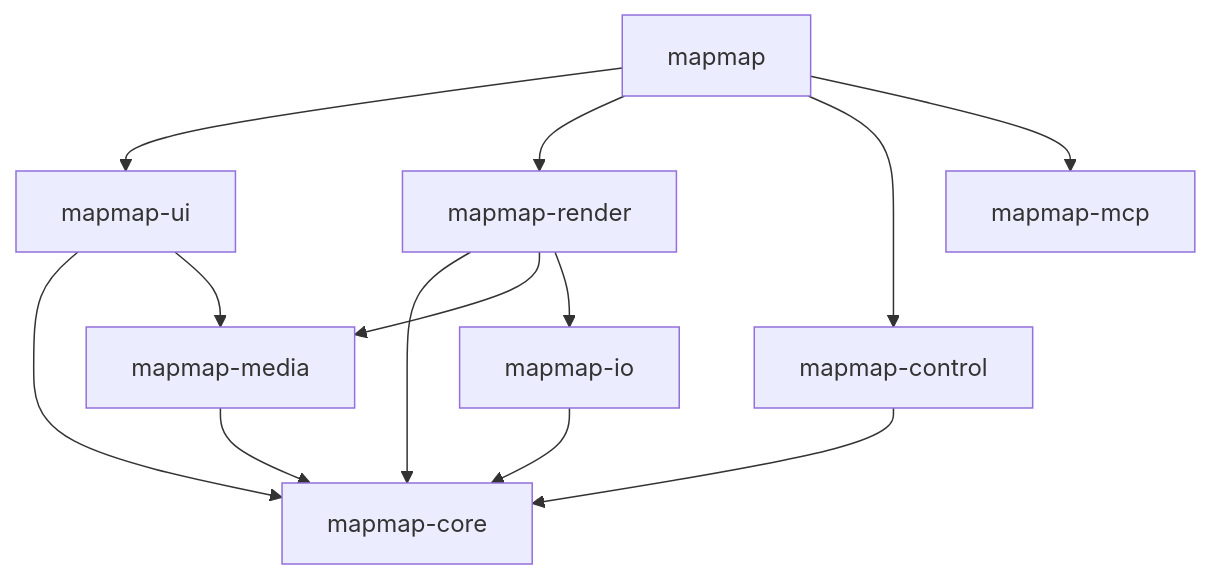
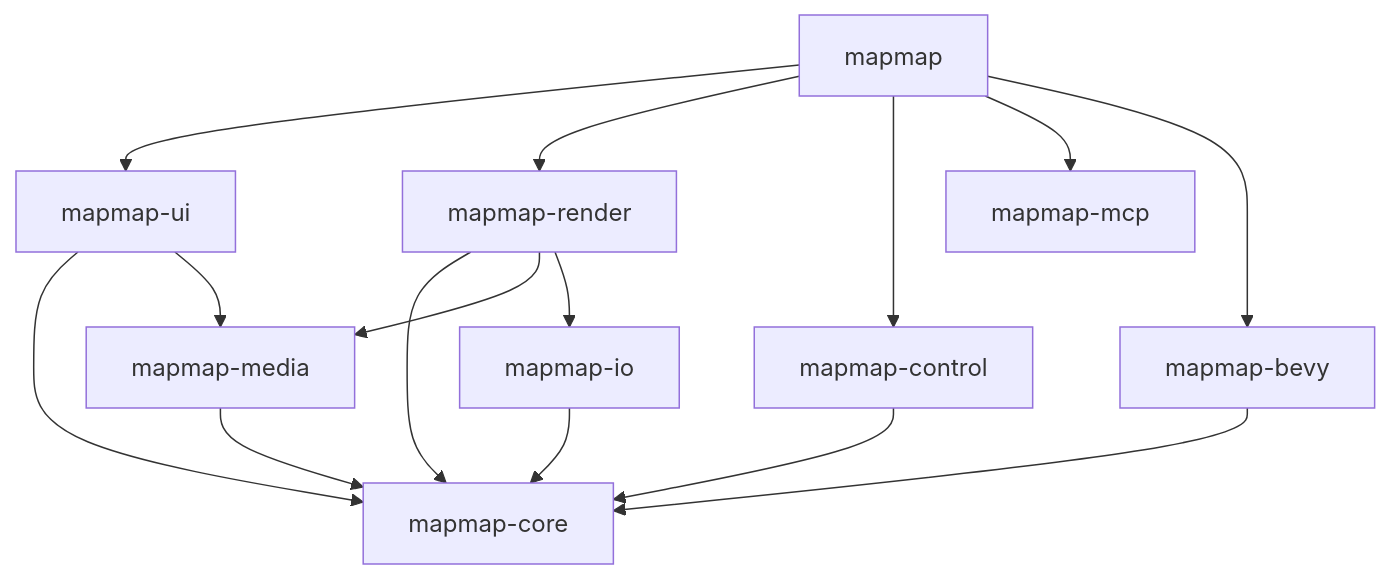
Before and after one commit to MrLongNight/MapFlow: the diagram in ROADMAP_2.0.md, drawn with Mermaid. The commit also changed other lines of this file and 2 other files, not shown here.

Commit message:
docs: Add documentation for mapmap-bevy
- Create `crates/mapmap-bevy/README.md` with overview, features, and usage.
- Update `README.md` architecture section to include `mapmap-bevy` and `mapmap-mcp`.
- Update `ROADMAP_2.0.md` to include `mapmap-bevy` in status table and dependency graph.

````diff
--- a/ROADMAP_2.0.md
+++ b/ROADMAP_2.0.md
@@ -913,15 +914,17 @@
 ```mermaid
 graph TD
     App[mapmap] --> UI[mapmap-ui]
     App --> Render[mapmap-render]
     App --> Control[mapmap-control]
     App --> MCP[mapmap-mcp]
+    App --> Bevy[mapmap-bevy]
     UI --> Core[mapmap-core]
+    Bevy --> Core
     Render --> Core
     Control --> Core
     UI --> Media[mapmap-media]
     Render --> Media
     Media --> Core
     IO[mapmap-io] --> Core
     Render --> IO
 ```
````
